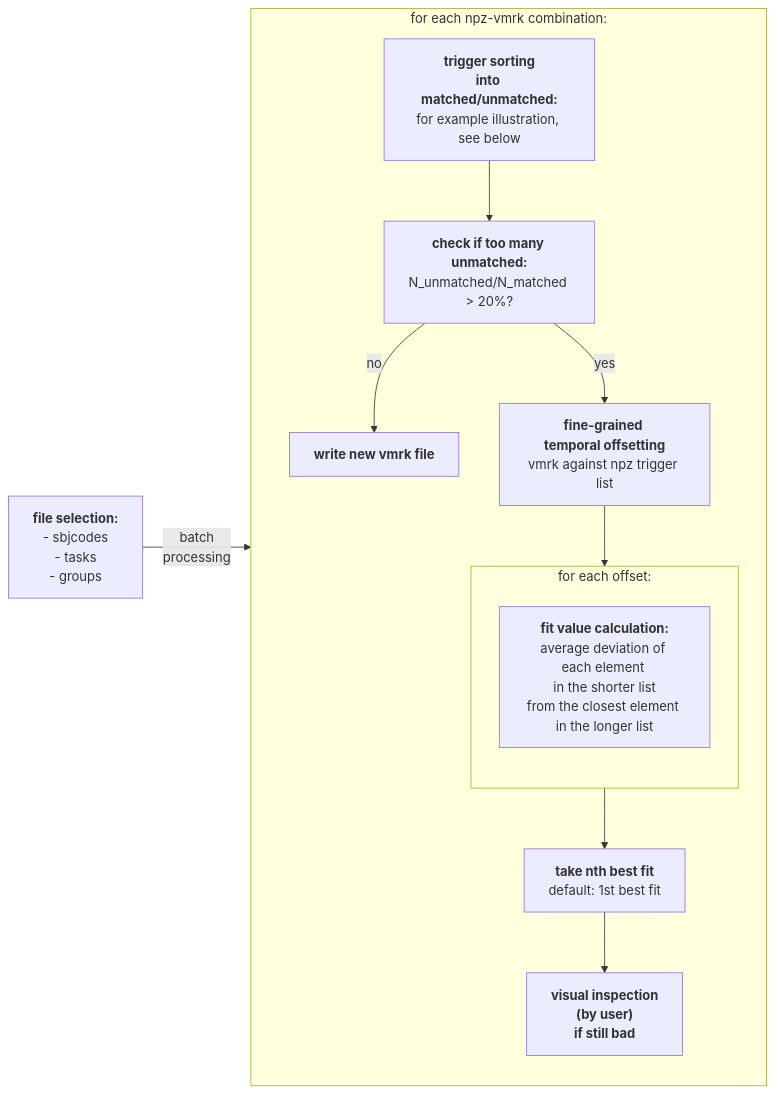
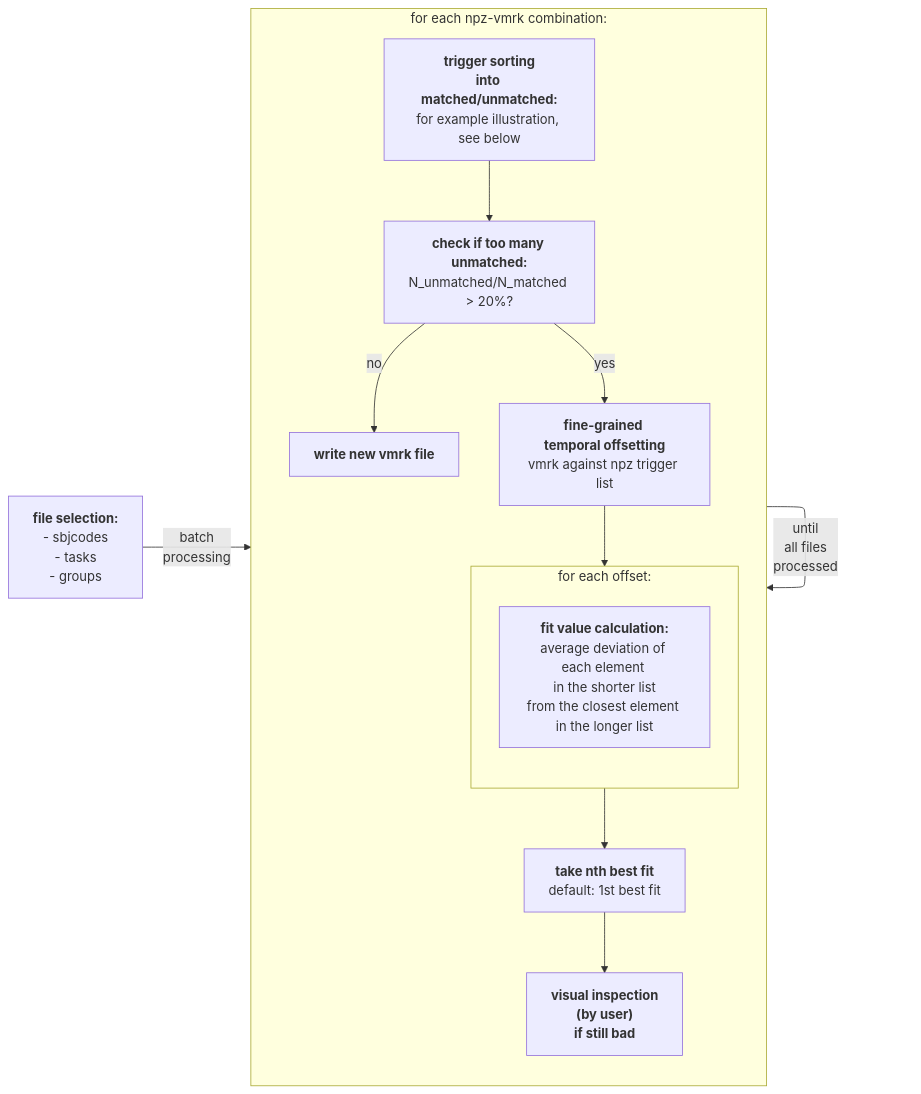
One commit to neuro-dream/Trigger-Fix changed the diagram in README.md. Above: the diagram before and after it, drawn with Mermaid.

````diff
--- a/README.md
+++ b/README.md
@@ -6,36 +6,37 @@
 ```mermaid
 
 %% (function: <a href='https://github.com/neurodream/Trigger-Fix/blob/main/trigfix/trigger_compare_functions.py#L92'>apply_fix</a>)
 
 graph LR;
     A["<b>file selection:</b><br>- sbjcodes<br> - tasks<br> - groups"]
     B["<b>trigger sorting<br>into matched/unmatched:</b><br>for example illustration, see below"]
     C["<b>check if too many unmatched:</b><br>N_unmatched/N_matched > 20%?"]
     D["<b>fine-grained <br>temporal offsetting</b><br>vmrk against npz trigger list"]
     E["<b>fit value calculation:</b><br>average deviation of each element <br> in the shorter list <br>from the closest element <br>in the longer list"]
     F["<b>take nth best fit</b><br>default: 1st best fit"]
     G["<b>write new vmrk file</b>"]
     H["<b>visual inspection <br>(by user) <br>if still bad</b>"]
 
 subgraph for_each_file_comb["for each npz-vmrk combination:"]
     direction TB
     B-->C;
     C-->|no|G;
     C-->|yes|D;
     subgraph for_each_offset["for each offset:"]
         direction TB
         E
     end
     D-->for_each_offset;
     for_each_offset-->F;
     F-->H;
 end
 
 
 
     A--"batch <br>processing"-->for_each_file_comb;
+    for_each_file_comb--"until<br>all files<br>processed"-->for_each_file_comb;
     
     %% A-->C;
     %% B-->D;
     %% C-->D;
 ```
````
